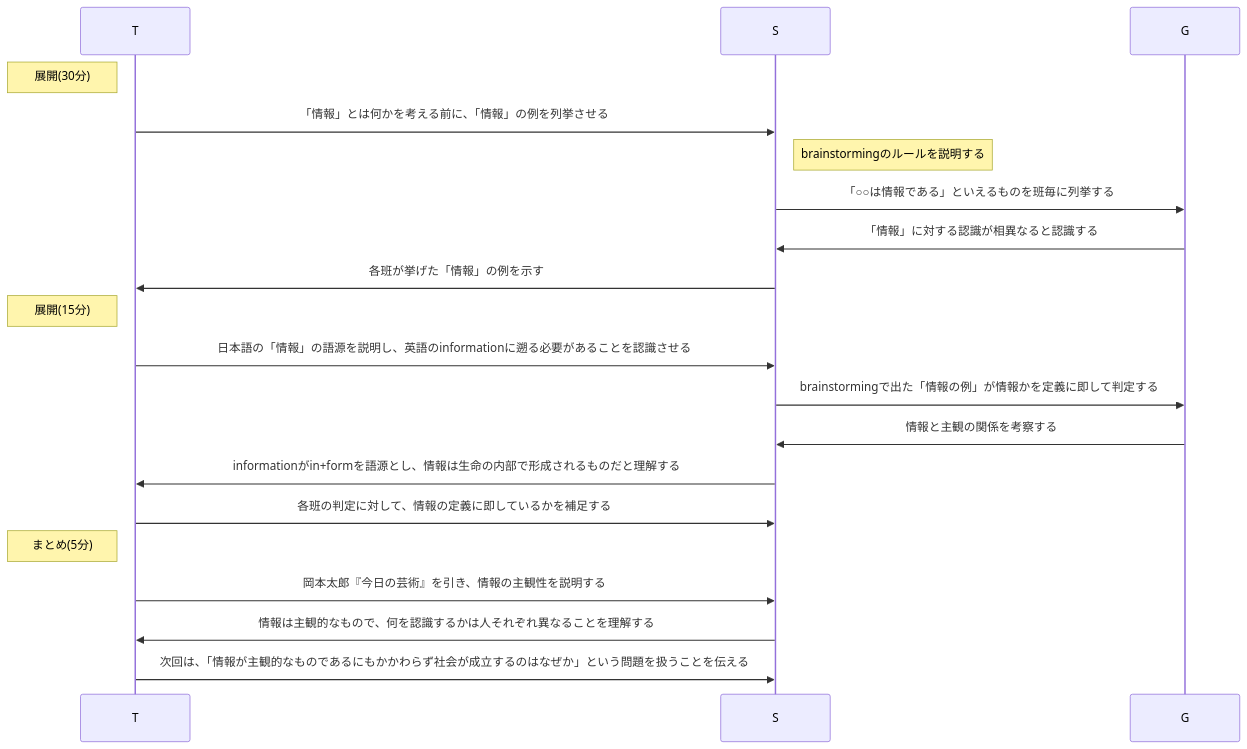
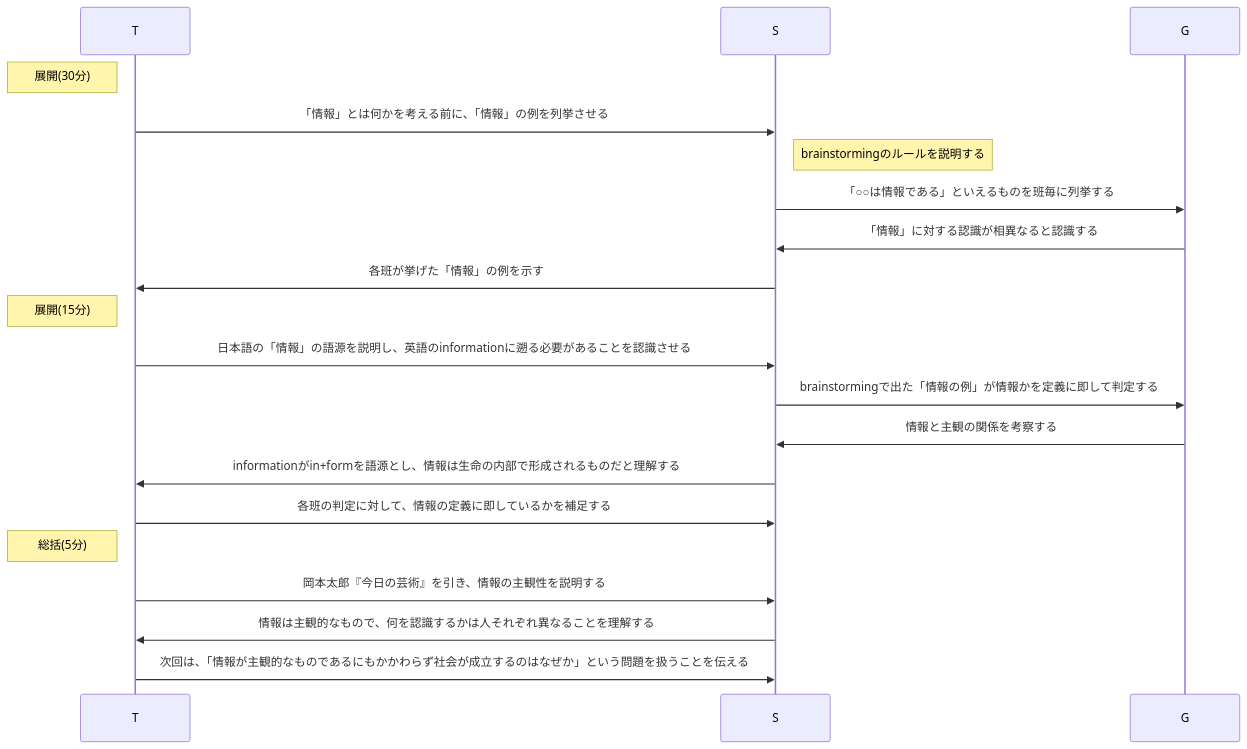
One commit to saireya/plan-informatics changed the second of 2 diagrams in information/info.md. Above: the diagram before and after it, drawn with Mermaid. The commit also changed 7 other files, not shown here.

````diff
--- a/information/info.md
+++ b/information/info.md
@@ -66,25 +66,25 @@
 ```mermaid
 sequenceDiagram
 	participant T
 	participant S
 	participant G
 
 Note left of T: 展開(30分)
 	T->>S: 「情報」とは何かを考える前に、「情報」の例を列挙させる
 	Note right of S: brainstormingのルールを説明する
 	S->>G: 「○○は情報である」といえるものを班毎に列挙する
 	G->>S: 「情報」に対する認識が相異なると認識する
 	S->>T: 各班が挙げた「情報」の例を示す
 
 Note left of T: 展開(15分)
 	T->>S: 日本語の「情報」の語源を説明し、英語のinformationに遡る必要があることを認識させる
 	S->>G: brainstormingで出た「情報の例」が情報かを定義に即して判定する
 	G->>S: 情報と主観の関係を考察する
 	S->>T: informationがin+formを語源とし、情報は生命の内部で形成されるものだと理解する
 	T->>S: 各班の判定に対して、情報の定義に即しているかを補足する
 
-Note left of T: まとめ(5分)
+Note left of T: 総括(5分)
 	T->>S: 岡本太郎『今日の芸術』を引き、情報の主観性を説明する
 	S->>T: 情報は主観的なもので、何を認識するかは人それぞれ異なることを理解する
 	T->>S: 次回は、「情報が主観的なものであるにもかかわらず社会が成立するのはなぜか」という問題を扱うことを伝える
 ```
````
